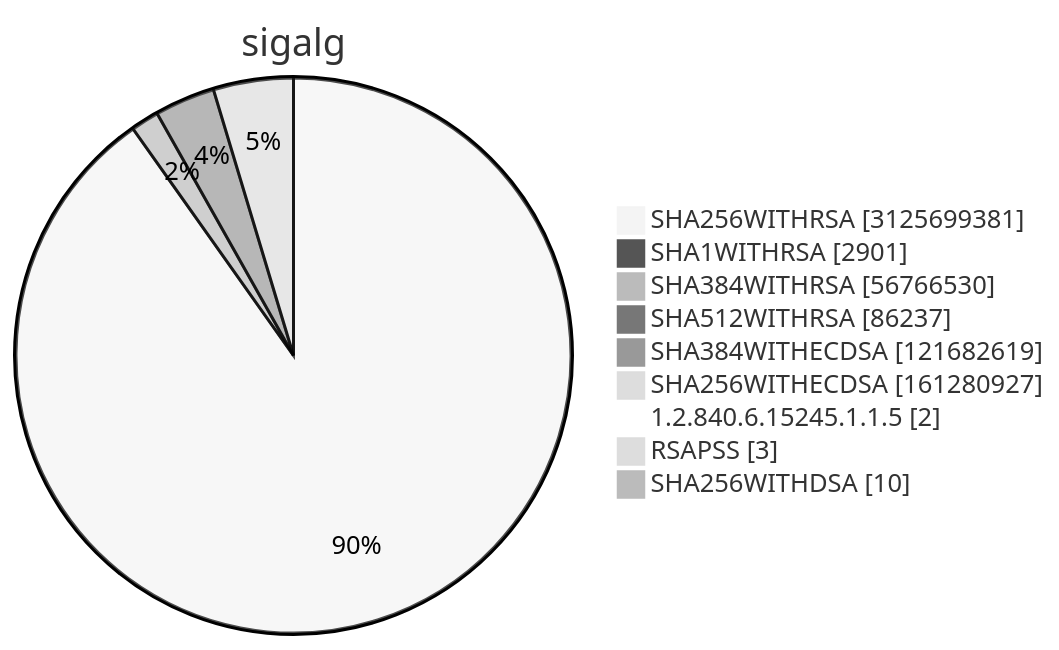
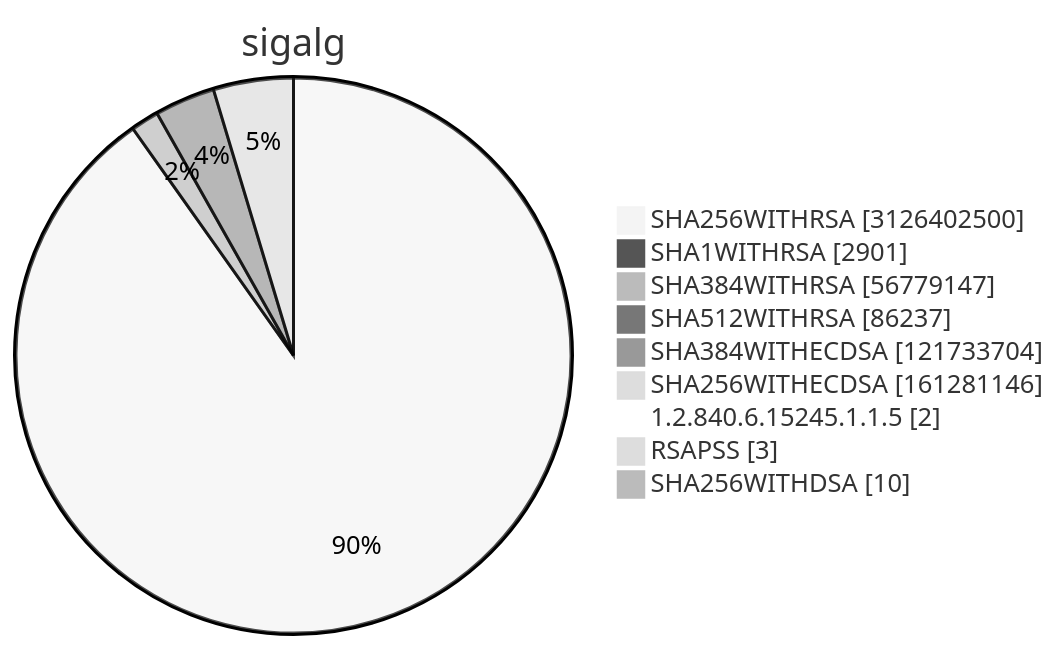
Before and after one commit to christiankrug/ctmonitor_visualization: diagram 15 of 15 in TOTAL/README.md, drawn with Mermaid (neutral theme). The commit also changed other lines of this file, not shown here.

````diff
--- a/TOTAL/README.md
+++ b/TOTAL/README.md
@@ -6212,13 +6212,13 @@
 ```mermaid
 pie showData
 title sigalg
-"SHA256WITHRSA" :3125699381
+"SHA256WITHRSA" :3126402500
 "SHA1WITHRSA" :2901
-"SHA384WITHRSA" :56766530
+"SHA384WITHRSA" :56779147
 "SHA512WITHRSA" :86237
-"SHA384WITHECDSA" :121682619
-"SHA256WITHECDSA" :161280927
+"SHA384WITHECDSA" :121733704
+"SHA256WITHECDSA" :161281146
 "1.2.840.6.15245.1.1.5" :2
 "RSAPSS" :3
 "SHA256WITHDSA" :10
 ```
````
